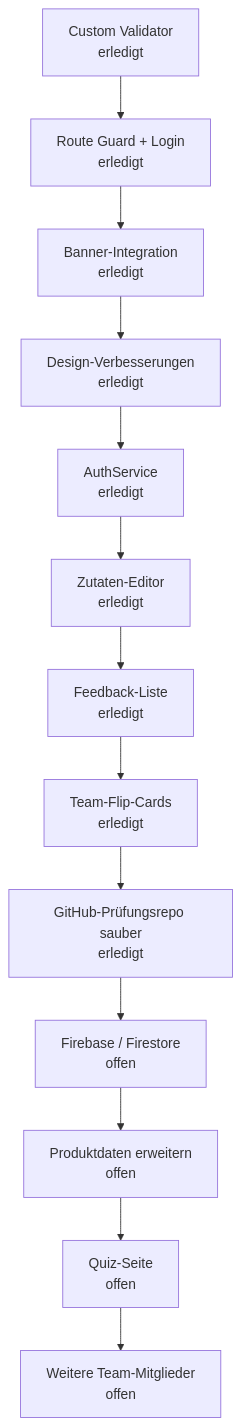
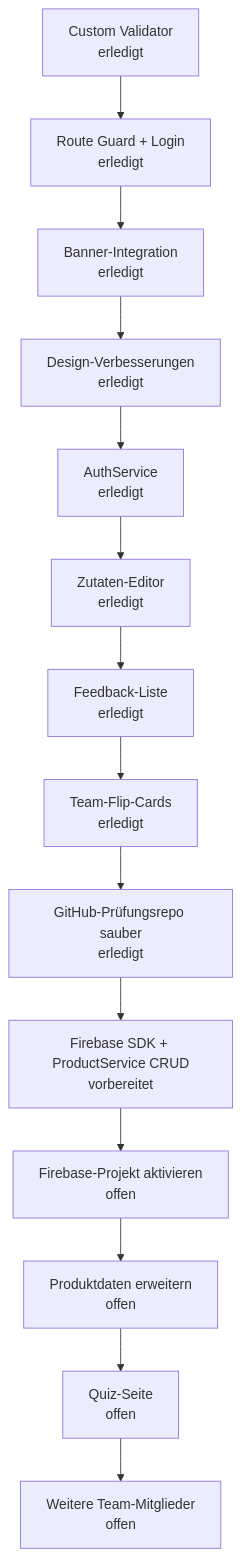
One commit to denisaandreea-a/McDenisa-Website-Pruefung changed the fourth of 4 diagrams in docs/wiki.md. Above: the diagram before and after it, drawn with Mermaid. The commit also changed other lines of this file and 6 other files, not shown here.

````diff
--- a/docs/wiki.md
+++ b/docs/wiki.md
@@ -470,15 +517,16 @@
 ```mermaid
 flowchart TD
   D1["Custom Validator\nerledigt"] --> D2["Route Guard + Login\nerledigt"]
   D2 --> D3["Banner-Integration\nerledigt"]
   D3 --> D4["Design-Verbesserungen\nerledigt"]
   D4 --> D5["AuthService\nerledigt"]
   D5 --> D6["Zutaten-Editor\nerledigt"]
   D6 --> D7["Feedback-Liste\nerledigt"]
   D7 --> D8["Team-Flip-Cards\nerledigt"]
   D8 --> D9["GitHub-Prüfungsrepo sauber\nerledigt"]
-  D9 --> N1["Firebase / Firestore\noffen"]
+  D9 --> D10["Firebase SDK + ProductService CRUD\nvorbereitet"]
+  D10 --> N1["Firebase-Projekt aktivieren\noffen"]
   N1 --> N2["Produktdaten erweitern\noffen"]
   N2 --> N3["Quiz-Seite\noffen"]
   N3 --> N4["Weitere Team-Mitglieder\noffen"]
 ```
````
